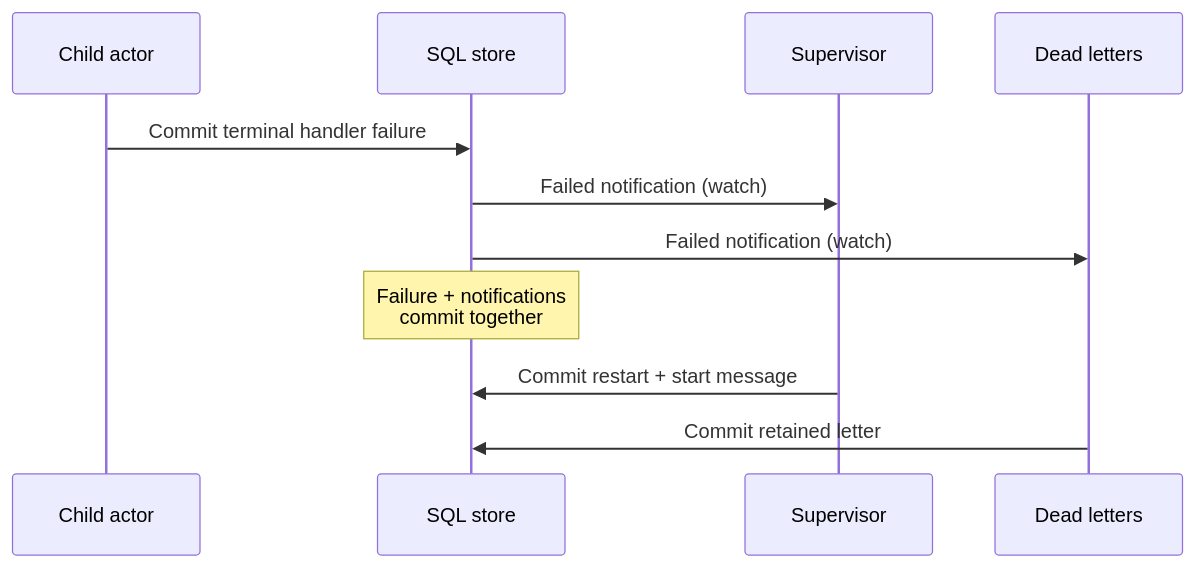
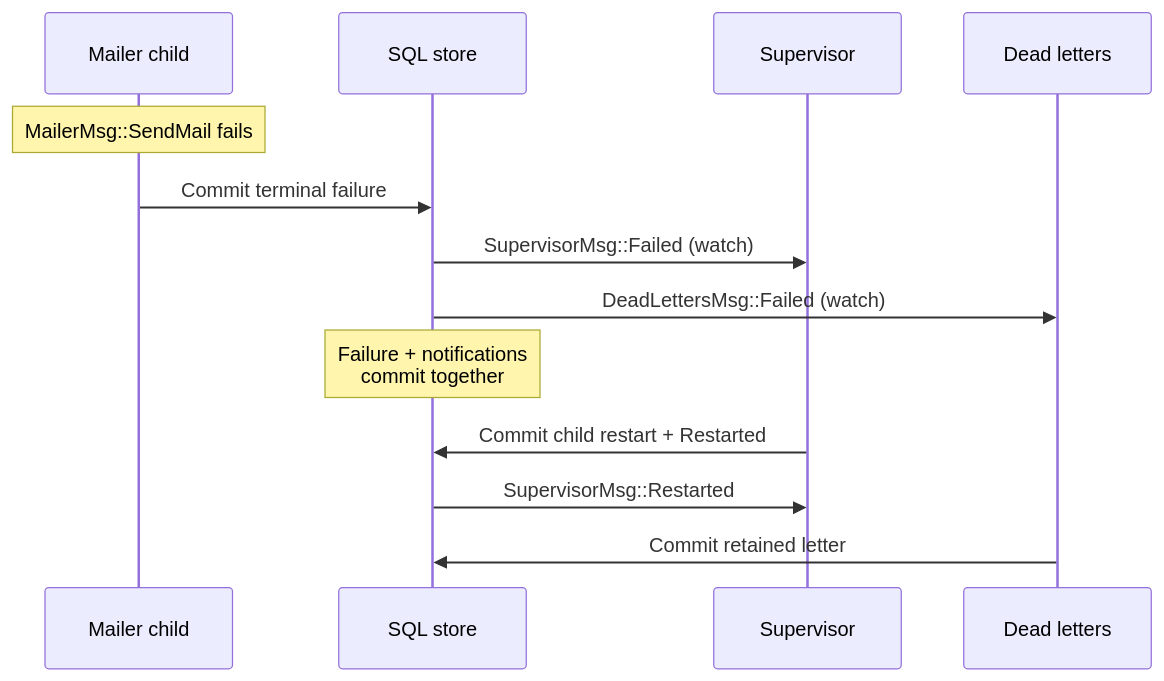
Before and after one commit to helico-tech/cicada.rs: the second of 5 diagrams in docs/guide/actors.md, drawn with Mermaid. The commit also changed other lines of this file and 2 other files, not shown here.

Commit message:
docs: name messages on every actor diagram

````diff
--- a/docs/guide/actors.md
+++ b/docs/guide/actors.md
@@ -55,13 +61,15 @@
 ```mermaid
 sequenceDiagram
-    participant C as Child actor
+    participant C as Mailer child
     participant S as SQL store
     participant P as Supervisor
     participant D as Dead letters
-    C->>S: Commit terminal handler failure
-    S->>P: Failed notification (watch)
-    S->>D: Failed notification (watch)
+    Note over C: MailerMsg::SendMail fails
+    C->>S: Commit terminal failure
+    S->>P: SupervisorMsg::Failed (watch)
+    S->>D: DeadLettersMsg::Failed (watch)
     Note over S: Failure + notifications<br/>commit together
-    P->>S: Commit restart + start message
+    P->>S: Commit child restart + Restarted
+    S->>P: SupervisorMsg::Restarted
     D->>S: Commit retained letter
 ```
````
